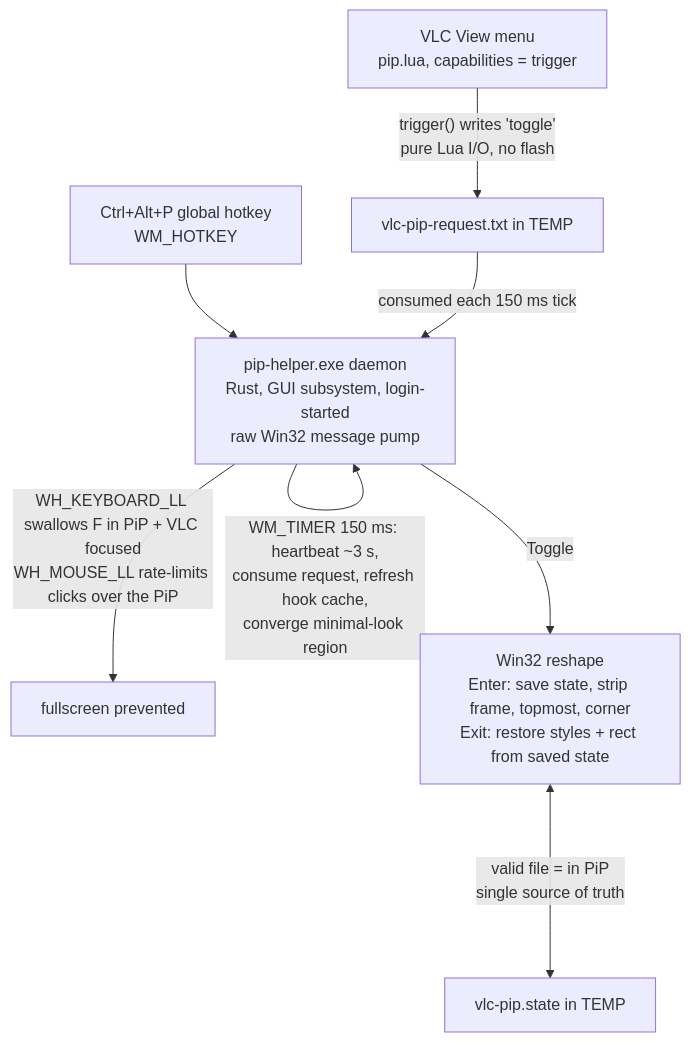
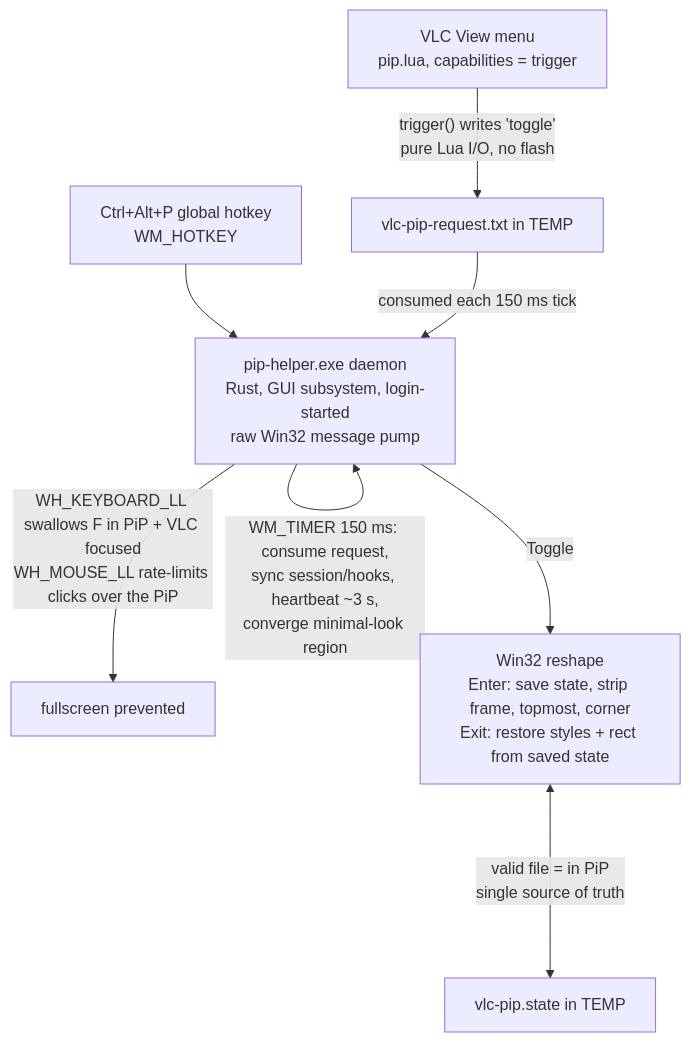
The diagram in docs/SPEC.md (Bug-Finderr/vlc-pip), drawn with Mermaid before and after one commit. The commit also changed other lines of this file and 7 other files, not shown here.

````diff
--- a/docs/SPEC.md
+++ b/docs/SPEC.md
@@ -61,10 +61,10 @@
 ```mermaid
 flowchart TD
     MENU["VLC View menu<br>pip.lua, capabilities = trigger"] -- "trigger() writes 'toggle'<br>pure Lua I/O, no flash" --> REQ["vlc-pip-request.txt in TEMP"]
     HK["Ctrl+Alt+P global hotkey<br>WM_HOTKEY"] --> D
     REQ -- "consumed each 150 ms tick" --> D["pip-helper.exe daemon<br>Rust, GUI subsystem, login-started<br>raw Win32 message pump"]
-    D -- "WM_TIMER 150 ms: heartbeat ~3 s,<br>consume request, refresh hook cache,<br>converge minimal-look region" --> D
+    D -- "WM_TIMER 150 ms: consume request,<br>sync session/hooks, heartbeat ~3 s,<br>converge minimal-look region" --> D
     D -- "WH_KEYBOARD_LL swallows F in PiP + VLC focused<br>WH_MOUSE_LL rate-limits clicks over the PiP" --> FS["fullscreen prevented"]
     D -- "Toggle" --> WIN["Win32 reshape<br>Enter: save state, strip frame, topmost, corner<br>Exit: restore styles + rect from saved state"]
     WIN <-- "valid file = in PiP<br>single source of truth" --> STATE["vlc-pip.state in TEMP"]
 ```
````
